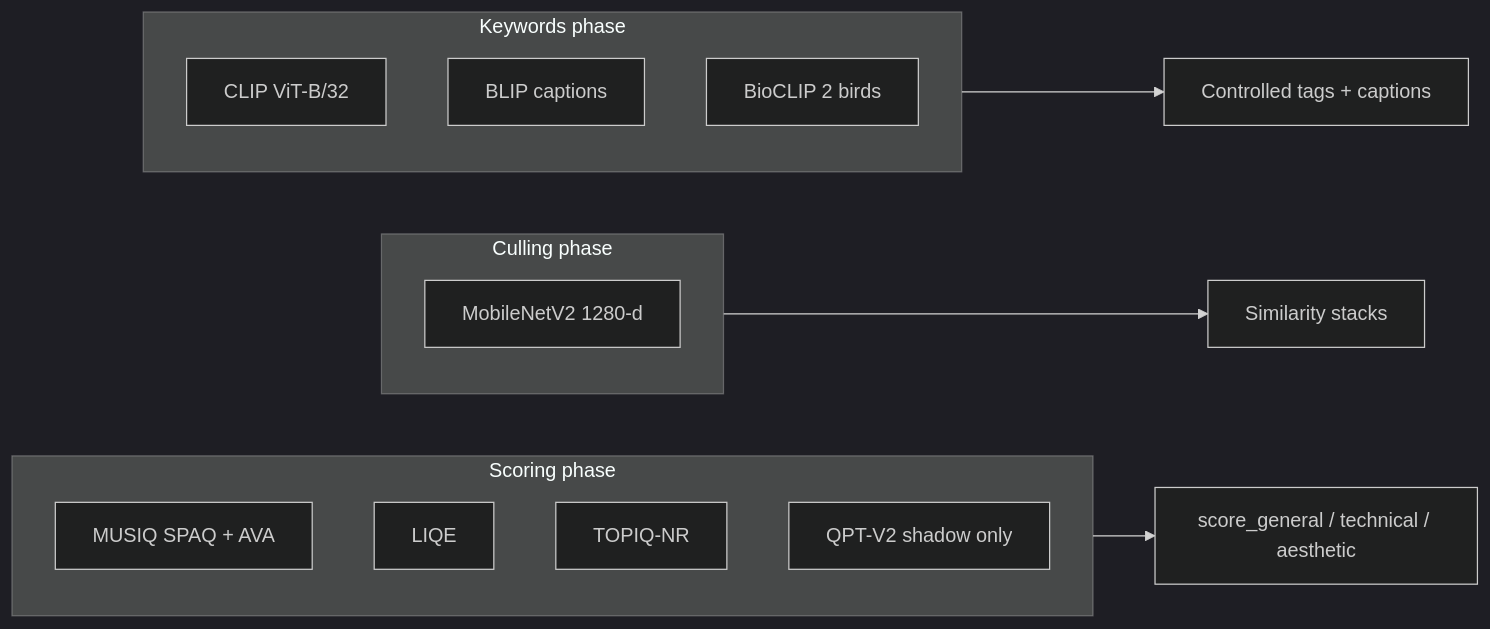
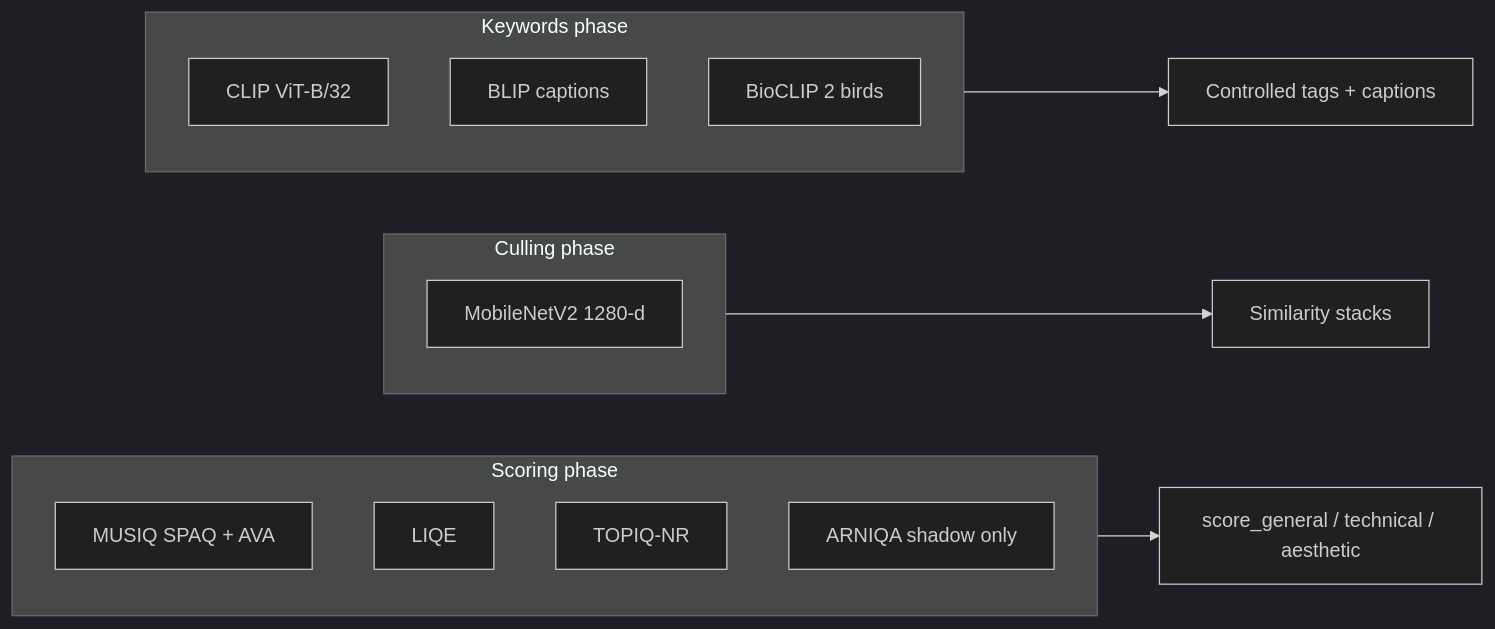
Before and after one commit to synthet/image-scoring-pipeline: the first of 2 diagrams in docs/NEW_MODELS_SUMMARY.md, drawn with Mermaid (dark theme). The commit also changed other lines of this file and 6 other files, not shown here.

First line of the commit message:
feat(scoring): register ARNIQA shadow engine

````diff
--- a/docs/NEW_MODELS_SUMMARY.md
+++ b/docs/NEW_MODELS_SUMMARY.md
@@ -25,20 +25,20 @@
 ```mermaid
 flowchart LR
   subgraph scoring [Scoring phase]
     MUSIQ[MUSIQ SPAQ + AVA]
     LIQE[LIQE]
     TOPIQ[TOPIQ-NR]
-    QPT[QPT-V2 shadow only]
+    ARNIQA[ARNIQA shadow only]
   end
   subgraph culling [Culling phase]
     MN[MobileNetV2 1280-d]
   end
   subgraph keywords [Keywords phase]
     CLIP[CLIP ViT-B/32]
     BLIP[BLIP captions]
     Bio[BioCLIP 2 birds]
   end
   scoring --> composites[score_general / technical / aesthetic]
   culling --> stacks[Similarity stacks]
   keywords --> tags[Controlled tags + captions]
 ```
````
